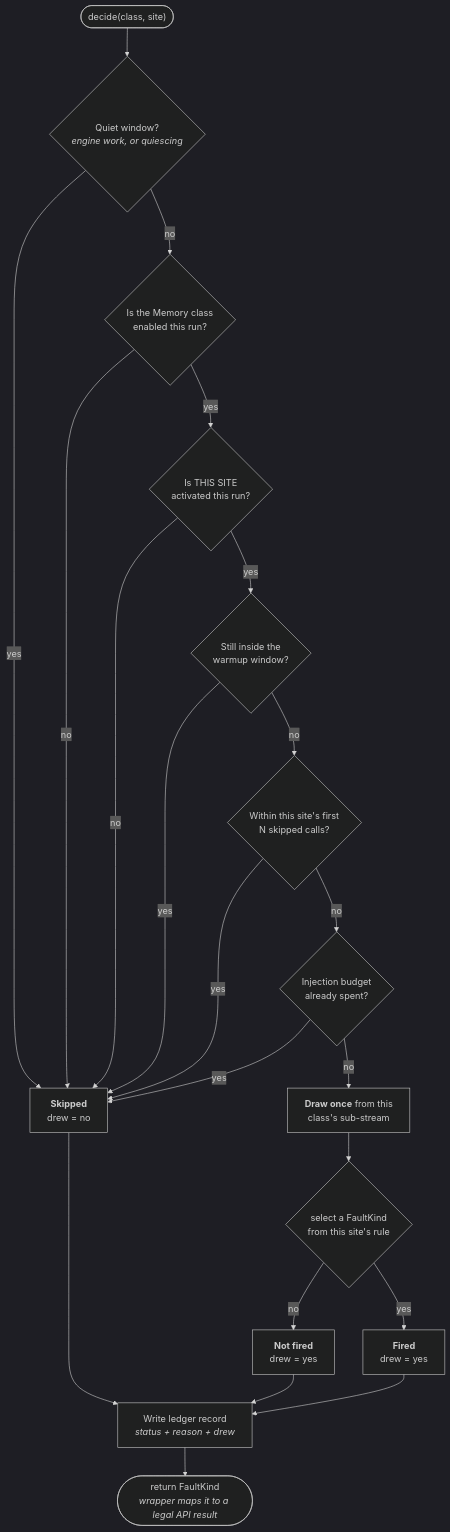
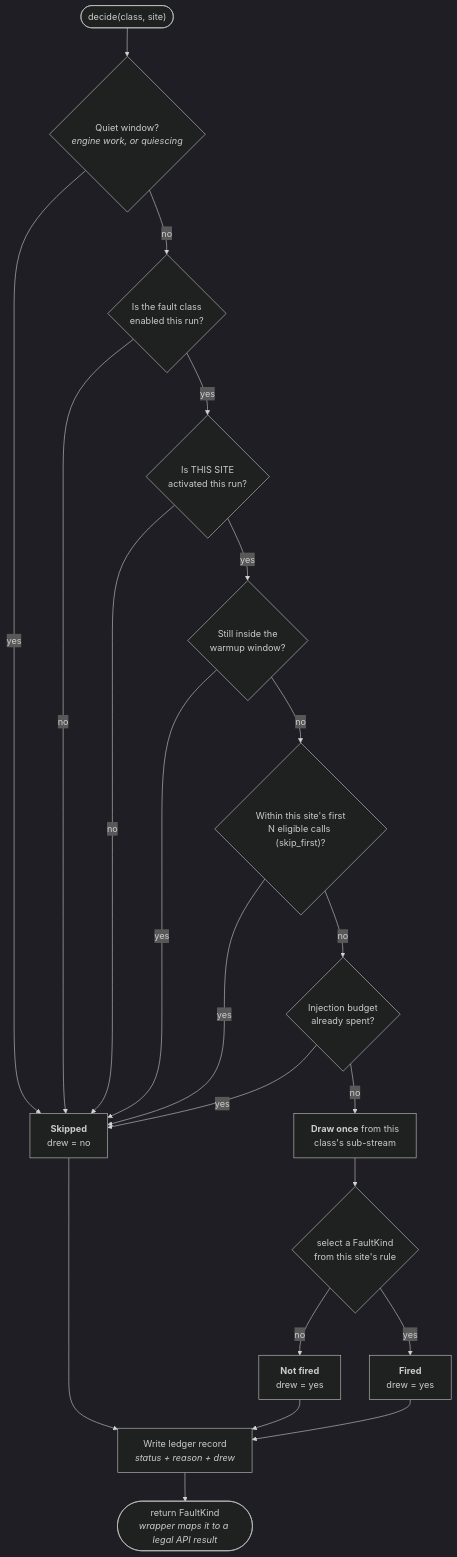
One commit to Soham-Maha/cosmos changed the third of 4 diagrams in docs/fault-injection.md. Above: the diagram before and after it, drawn with Mermaid (dark theme). The commit also changed other lines of this file, not shown here.

Commit message:
docs(fault-injection): made few updates to some of the details to make it more clear

````diff
--- a/docs/fault-injection.md
+++ b/docs/fault-injection.md
@@ -463,24 +477,24 @@
 ```mermaid
 flowchart TD
     Start(["decide(class, site)"]) --> G1{"Quiet window?<br><i>engine work, or quiescing</i>"}
     G1 -- yes --> Skip["<b>Skipped</b><br>drew = no"]
-    G1 -- no --> G2{"Is the Memory class<br>enabled this run?"}
+    G1 -- no --> G2{"Is the fault class<br>enabled this run?"}
     G2 -- no --> Skip
     G2 -- yes --> G2b{"Is THIS SITE<br>activated this run?"}
     G2b -- no --> Skip
     G2b -- yes --> G3{"Still inside the<br>warmup window?"}
     G3 -- yes --> Skip
-    G3 -- no --> G4{"Within this site's first<br>N skipped calls?"}
+    G3 -- no --> G4{"Within this site's first<br>N eligible calls (skip_first)?"}
     G4 -- yes --> Skip
     G4 -- no --> G5{"Injection budget<br>already spent?"}
     G5 -- yes --> Skip
     G5 -- no --> Draw["<b>Draw once</b> from this<br>class's sub-stream"]
     Draw --> Cmp{"select a FaultKind<br>from this site's rule"}
     Cmp -- no --> Lost["<b>Not fired</b><br>drew = yes"]
     Cmp -- yes --> Fired["<b>Fired</b><br>drew = yes"]
 
     Skip --> Rec["Write ledger record<br><i>status + reason + drew</i>"]
     Lost --> Rec
     Fired --> Rec
     Rec --> Out(["return FaultKind<br><i>wrapper maps it to a legal API result</i>"])
 ```
````
